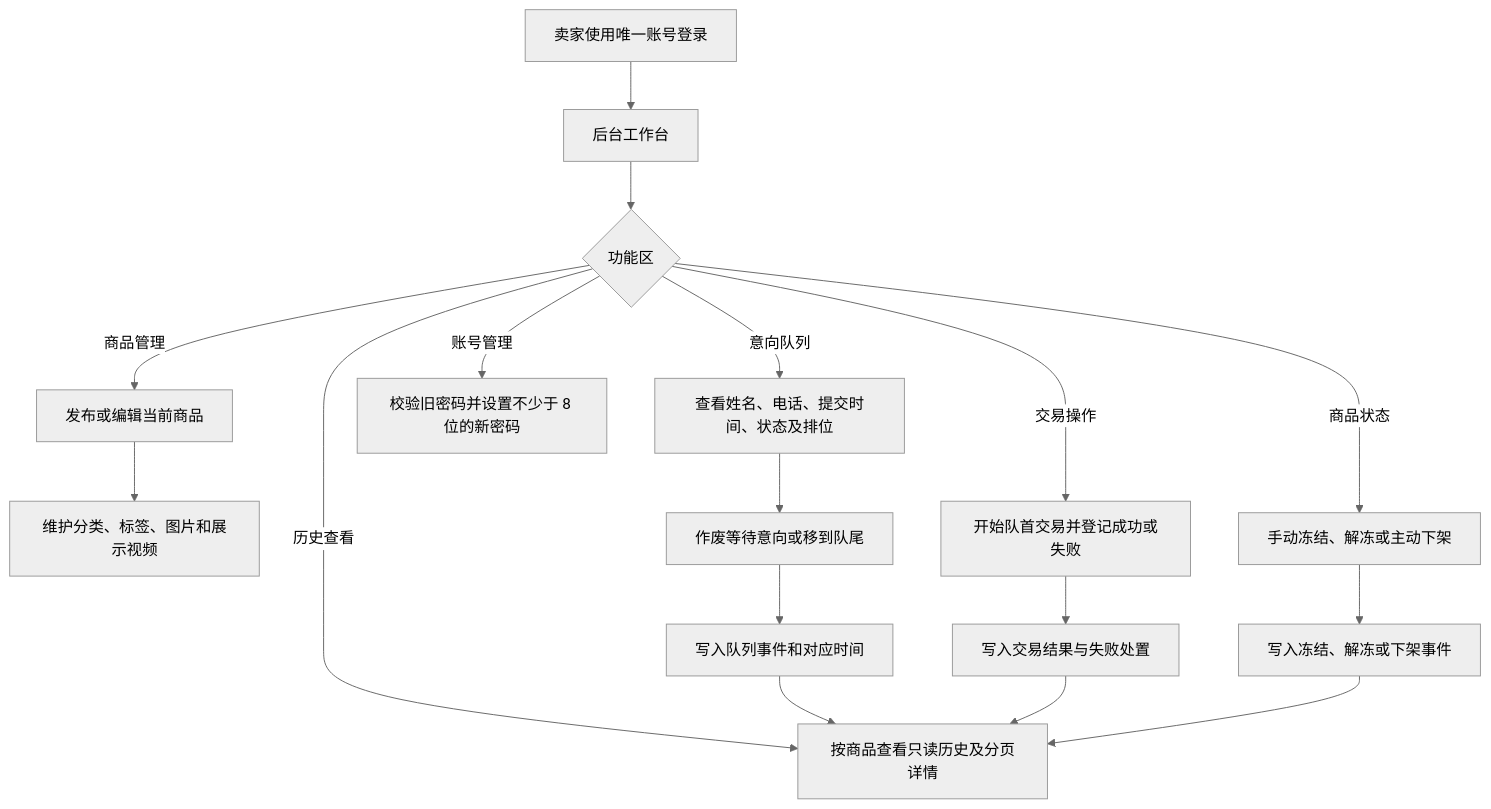
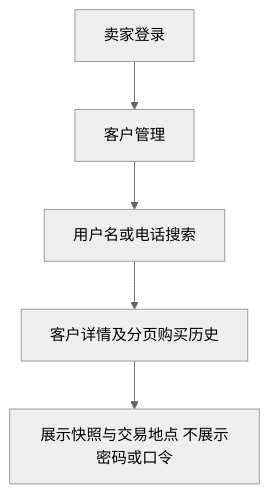
Before and after one commit to casf73/Software-Engineering-Practice: the third of 4 diagrams in process-and-state-diagrams/业务流程图.md, drawn with Mermaid (neutral theme). The commit also changed other lines of this file and 1423 other files, not shown here.

````diff
--- a/process-and-state-diagrams/业务流程图.md
+++ b/process-and-state-diagrams/业务流程图.md
@@ -80,19 +41,7 @@
 ```mermaid
 flowchart TD
-    A[卖家使用唯一账号登录] --> B[后台工作台]
-    B --> C{功能区}
-    C -- 商品管理 --> D[发布或编辑当前商品]
-    D --> E[维护分类、标签、图片和展示视频]
-    C -- 商品状态 --> F[手动冻结、解冻或主动下架]
-    C -- 意向队列 --> G[查看姓名、电话、提交时间、状态及排位]
-    G --> H[作废等待意向或移到队尾]
-    C -- 交易操作 --> I[开始队首交易并登记成功或失败]
-    C -- 账号管理 --> J[校验旧密码并设置不少于 8 位的新密码]
-    C -- 历史查看 --> K[按商品查看只读历史及分页详情]
-    H --> L[写入队列事件和对应时间]
-    I --> M[写入交易结果与失败处置]
-    F --> N[写入冻结、解冻或下架事件]
-    L --> K
-    M --> K
-    N --> K
+ A[卖家登录] --> B[客户管理]
+ B --> C[用户名或电话搜索]
+ C --> D[客户详情及分页购买历史]
+ D --> E[展示快照与交易地点 不展示密码或口令]
 ```
````
